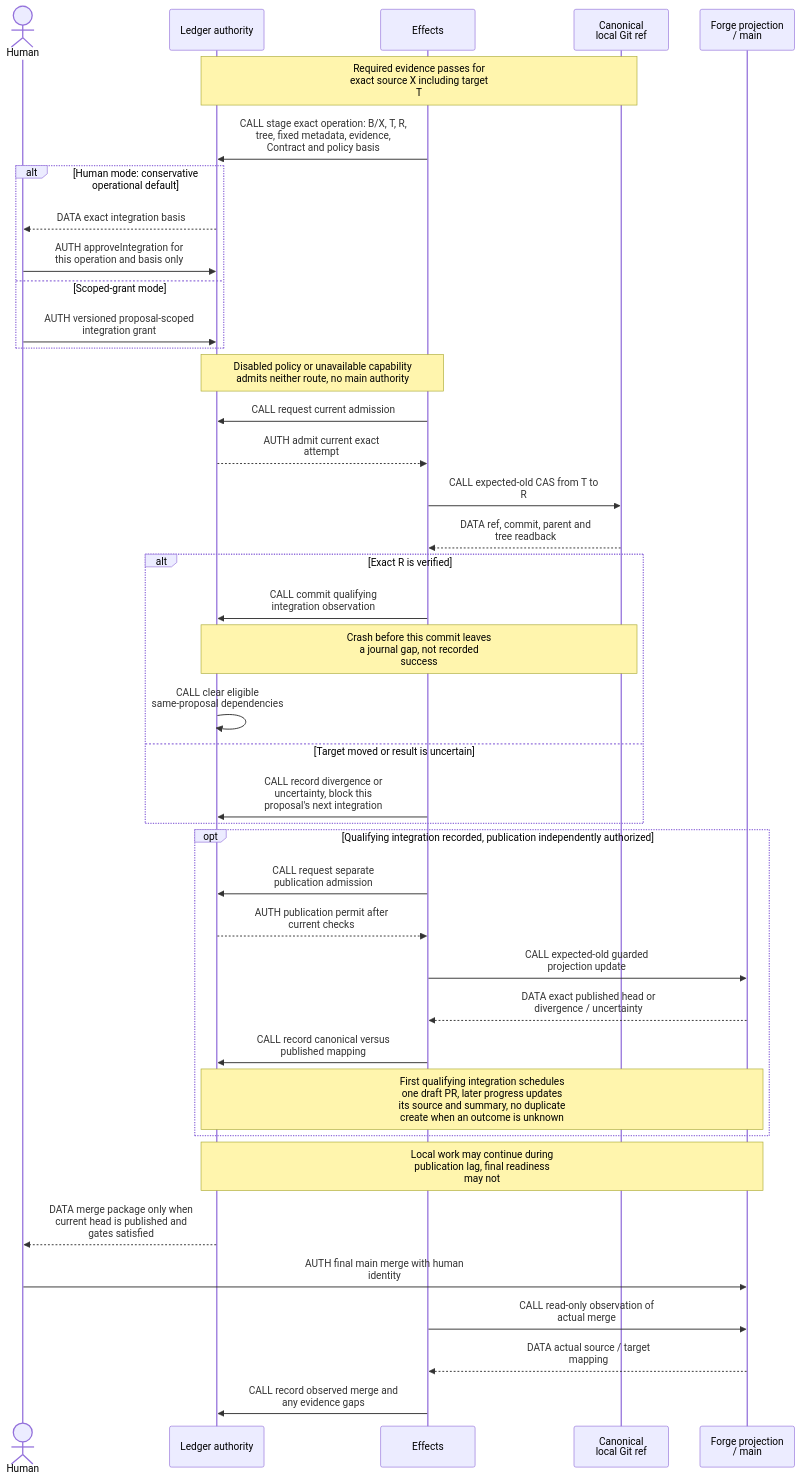
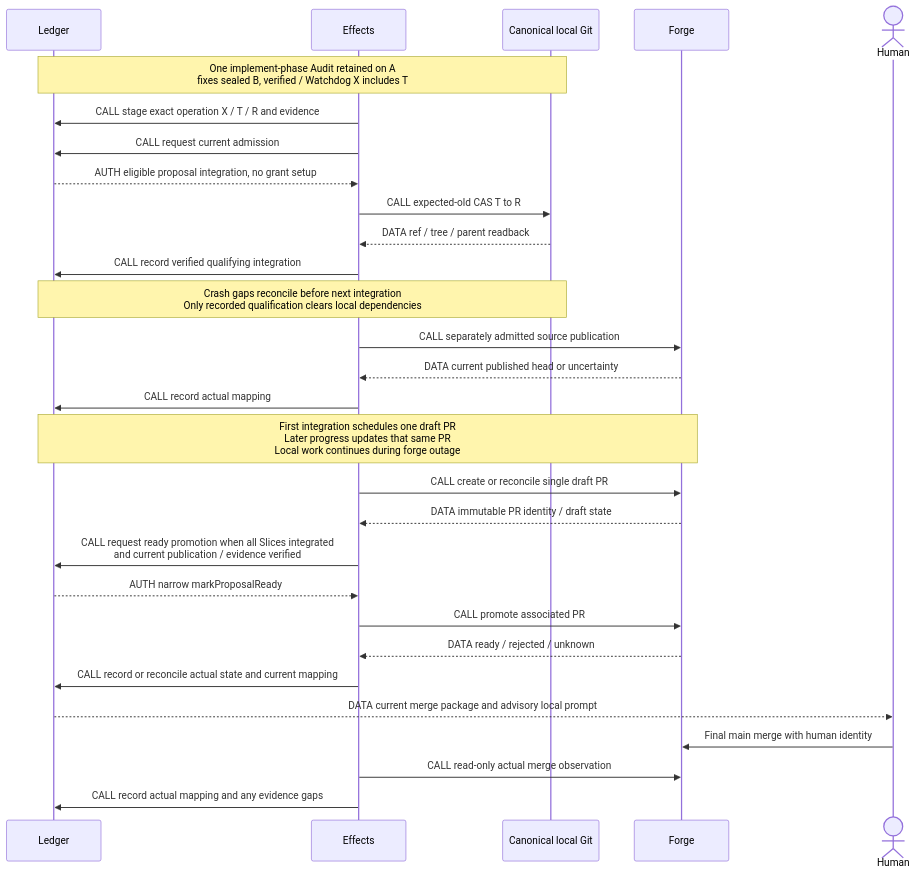
Diagram 11 of 13 in docs/spec.md (vicrdguez/render), drawn with Mermaid before and after one commit. The commit also changed other lines of this file and 1 other file, not shown here.

````diff
--- a/docs/spec.md
+++ b/docs/spec.md
@@ -1055,42 +1118,31 @@
 ```mermaid
 sequenceDiagram
+    participant R as Ledger
+    participant E as Effects
+    participant L as Canonical local Git
+    participant G as Forge
     actor H as Human
-    participant R as Ledger authority
-    participant E as Effects
-    participant L as Canonical<br/>local Git ref
-    participant G as Forge projection<br/>/ main
-    Note over R,L: Required evidence passes for<br/>exact source X including target<br/>T
-    E->>R: CALL stage exact operation: B/X, T, R,<br/>tree, fixed metadata, evidence,<br/>Contract and policy basis
-    alt Human mode: conservative operational default
-        R-->>H: DATA exact integration basis
-        H->>R: AUTH approveIntegration for<br/>this operation and basis only
-    else Scoped-grant mode
-        H->>R: AUTH versioned proposal-scoped<br/>integration grant
-    end
-    Note over R,E: Disabled policy or unavailable capability<br/>admits neither route, no main authority
+    Note over R,L: One implement-phase Audit retained on A<br/>fixes sealed B, verified / Watchdog X includes T
+    E->>R: CALL stage exact operation X / T / R and evidence
     E->>R: CALL request current admission
-    R-->>E: AUTH admit current exact<br/>attempt
-    E->>L: CALL expected-old CAS from T to<br/>R
-    L-->>E: DATA ref, commit, parent and<br/>tree readback
-    alt Exact R is verified
-        E->>R: CALL commit qualifying<br/>integration observation
-        Note over R,L: Crash before this commit leaves<br/>a journal gap, not recorded<br/>success
-        R->>R: CALL clear eligible<br/>same-proposal dependencies
-    else Target moved or result is uncertain
-        E->>R: CALL record divergence or<br/>uncertainty, block this<br/>proposal's next integration
-    end
-    opt Qualifying integration recorded, publication independently authorized
-        E->>R: CALL request separate<br/>publication admission
-        R-->>E: AUTH publication permit after<br/>current checks
-        E->>G: CALL expected-old guarded<br/>projection update
-        G-->>E: DATA exact published head or<br/>divergence / uncertainty
-        E->>R: CALL record canonical versus<br/>published mapping
-        Note over R,G: First qualifying integration schedules<br/>one draft PR, later progress updates<br/>its source and summary, no duplicate<br/>create when an outcome is unknown
-    end
-    Note over R,G: Local work may continue during<br/>publication lag, final readiness<br/>may not
-    R-->>H: DATA merge package only when<br/>current head is published and<br/>gates satisfied
-    H->>G: AUTH final main merge with human<br/>identity
-    E->>G: CALL read-only observation of<br/>actual merge
-    G-->>E: DATA actual source / target<br/>mapping
-    E->>R: CALL record observed merge and<br/>any evidence gaps
+    R-->>E: AUTH eligible proposal integration, no grant setup
+    E->>L: CALL expected-old CAS T to R
+    L-->>E: DATA ref / tree / parent readback
+    E->>R: CALL record verified qualifying integration
+    Note over R,L: Crash gaps reconcile before next integration<br/>Only recorded qualification clears local dependencies
+    E->>G: CALL separately admitted source publication
+    G-->>E: DATA current published head or uncertainty
+    E->>R: CALL record actual mapping
+    Note over R,G: First integration schedules one draft PR<br/>Later progress updates that same PR<br/>Local work continues during forge outage
+    E->>G: CALL create or reconcile single draft PR
+    G-->>E: DATA immutable PR identity / draft state
+    E->>R: CALL request ready promotion when all Slices integrated<br/>and current publication / evidence verified
+    R-->>E: AUTH narrow markProposalReady
+    E->>G: CALL promote associated PR
+    G-->>E: DATA ready / rejected / unknown
+    E->>R: CALL record or reconcile actual state and current mapping
+    R-->>H: DATA current merge package and advisory local prompt
+    H->>G: Final main merge with human identity
+    E->>G: CALL read-only actual merge observation
+    E->>R: CALL record actual mapping and any evidence gaps
 ```
````
